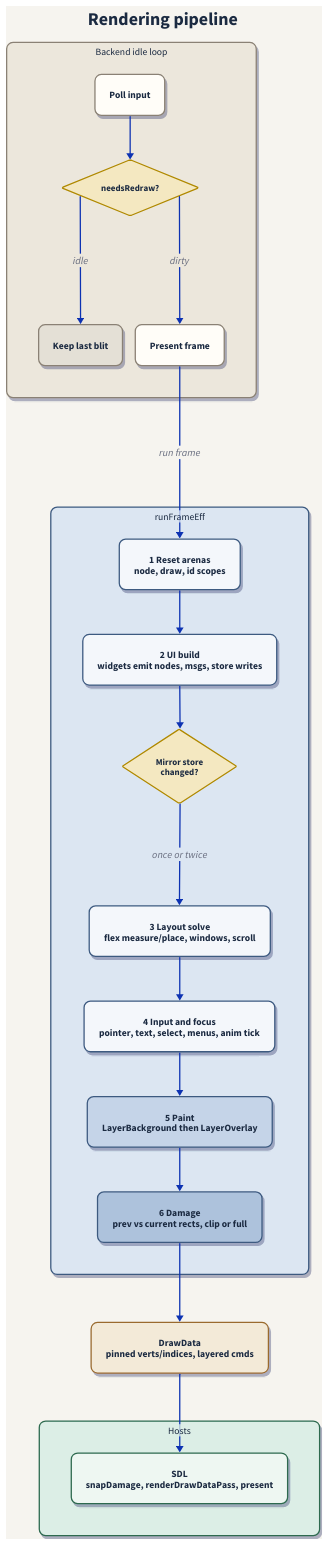
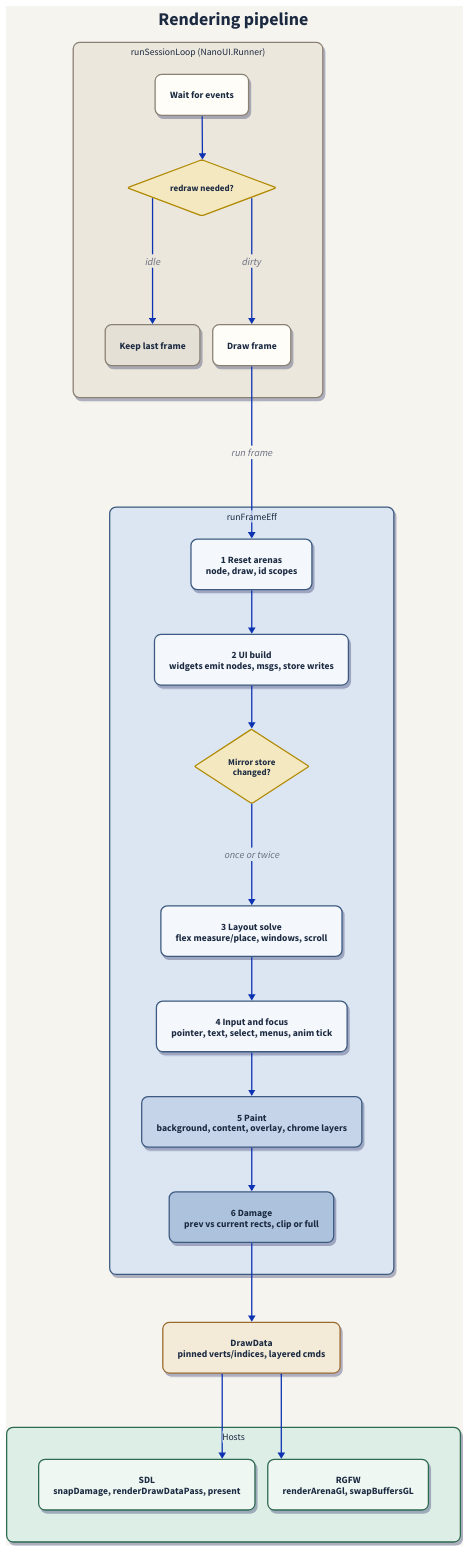
One commit to goolord/nano-ui changed the diagram in docs/rendering-pipeline.d2. Above: the diagram before and after it, drawn with D2. The commit also changed 12 other files, not shown here.

Commit message:
docs: update READMEs, development guide and pipeline diagram for the current tree

```diff
--- a/docs/rendering-pipeline.d2
+++ b/docs/rendering-pipeline.d2
@@ -1,132 +1,138 @@
-# One runFrame cycle, then backend present when needsRedraw is true.
+# One runSessionLoop pass: wait for events, run a frame when a redraw is needed, present.
 # Render: d2 docs/rendering-pipeline.d2 docs/rendering-pipeline.svg
 
 vars: {
   d2-config: {
     layout-engine: elk
     pad: 48
   }
 }
 
 direction: down
 
 classes: {
   box: {
     style: {
       border-radius: 10
       font-size: 15
       font-color: "#1b2a41"
       stroke-width: 2
       shadow: true
     }
   }
   gate: {
     shape: diamond
     style: {
       font-size: 14
       font-color: "#1b2a41"
       fill: "#f4e8c1"
       stroke: "#b08900"
       stroke-width: 2
     }
   }
 }
 
 style.fill: "#f6f4ef"
 style.stroke: "#f6f4ef"
 
 heading: {
   label: Rendering pipeline
   near: top-center
   shape: text
   style: {
     font-size: 28
     bold: true
     font-color: "#1b2a41"
   }
 }
 
-idle: Backend idle loop {
+idle: "runSessionLoop (NanoUI.Runner)" {
   class: box
   style.fill: "#ece7dc"
   style.stroke: "#8a8174"
   direction: down
 
-  poll: Poll input { class: box; style.fill: "#fffdf8"; style.stroke: "#8a8174" }
-  gate: needsRedraw? { class: gate }
-  skip: Keep last blit { class: box; style.fill: "#e4e0d6"; style.stroke: "#8a8174" }
-  present: Present frame { class: box; style.fill: "#fffdf8"; style.stroke: "#8a8174" }
+  poll: Wait for events { class: box; style.fill: "#fffdf8"; style.stroke: "#8a8174" }
+  gate: redraw needed? { class: gate }
+  skip: Keep last frame { class: box; style.fill: "#e4e0d6"; style.stroke: "#8a8174" }
+  present: Draw frame { class: box; style.fill: "#fffdf8"; style.stroke: "#8a8174" }
 
   poll -> gate
   gate -> skip: idle
   gate -> present: dirty
 }
 
 frame: runFrameEff {
   class: box
   style.fill: "#dce6f2"
   style.stroke: "#3d5a80"
   direction: down
 
   reset: "1  Reset arenas\nnode, draw, id scopes" {
     class: box
     style.fill: "#f4f7fb"
     style.stroke: "#3d5a80"
   }
   build: "2  UI build\nwidgets emit nodes, msgs, store writes" {
     class: box
     style.fill: "#f4f7fb"
     style.stroke: "#3d5a80"
   }
   mirror: "Mirror store\nchanged?" {
     class: gate
   }
   layout: "3  Layout solve\nflex measure/place, windows, scroll" {
     class: box
     style.fill: "#f4f7fb"
     style.stroke: "#3d5a80"
   }
   input: "4  Input and focus\npointer, text, select, menus, anim tick" {
     class: box
     style.fill: "#f4f7fb"
     style.stroke: "#3d5a80"
   }
-  paint: "5  Paint\nLayerBackground then LayerOverlay" {
+  paint: "5  Paint\nbackground, content, overlay, chrome layers" {
     class: box
     style.fill: "#c5d4e8"
     style.stroke: "#3d5a80"
   }
   damage: "6  Damage\nprev vs current rects, clip or full" {
     class: box
     style.fill: "#adc2dc"
     style.stroke: "#3d5a80"
   }
 
   reset -> build
   build -> mirror
   mirror -> layout: once or twice
   layout -> input -> paint -> damage
 }
 
 drawdata: "DrawData\npinned verts/indices, layered cmds" {
   class: box
   style.fill: "#f3ead8"
   style.stroke: "#9a6b2f"
 }
 
 hosts: Hosts {
   class: box
   style.fill: "#dceee6"
   style.stroke: "#2d6a4f"
   direction: right
 
   sdl: "SDL\nsnapDamage, renderDrawDataPass, present" {
     class: box
     style.fill: "#eef7f2"
     style.stroke: "#2d6a4f"
   }
+  rgfw: "RGFW\nrenderArenaGl, swapBuffersGL" {
+    class: box
+    style.fill: "#eef7f2"
+    style.stroke: "#2d6a4f"
+  }
 }
 
 idle.present -> frame.reset: run frame
 frame.damage -> drawdata
 drawdata -> hosts.sdl
+drawdata -> hosts.rgfw
```
